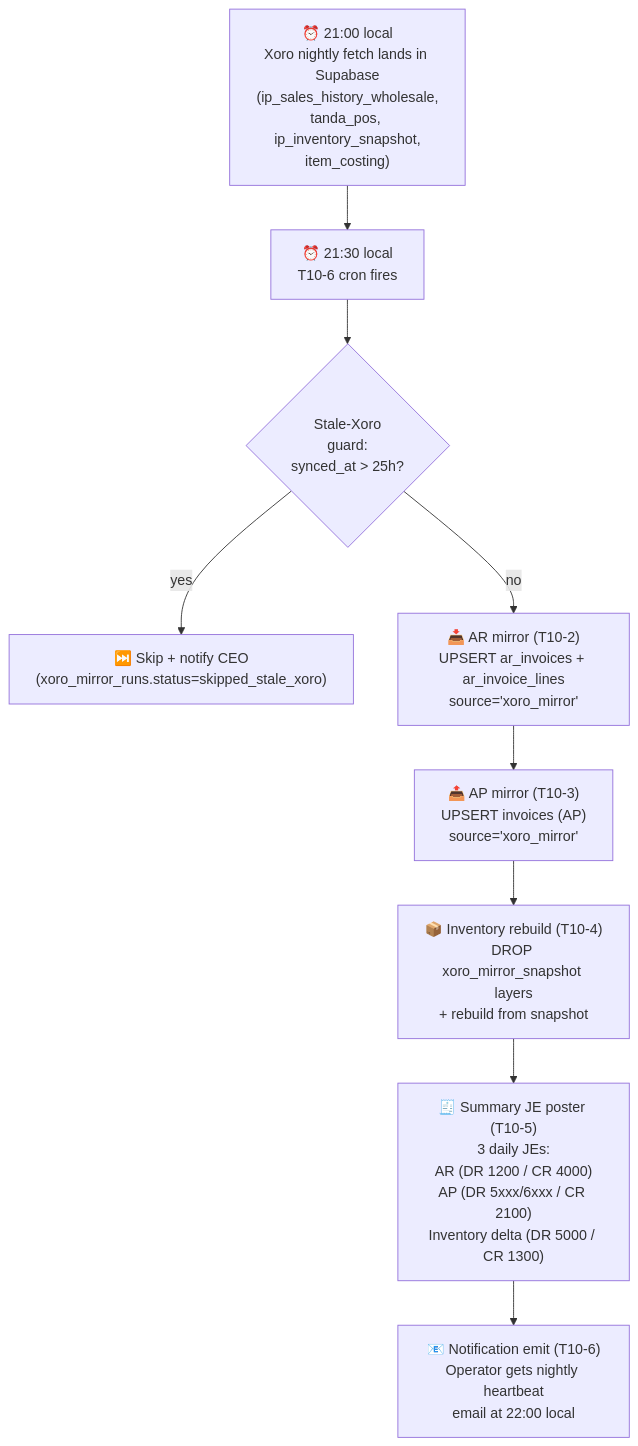
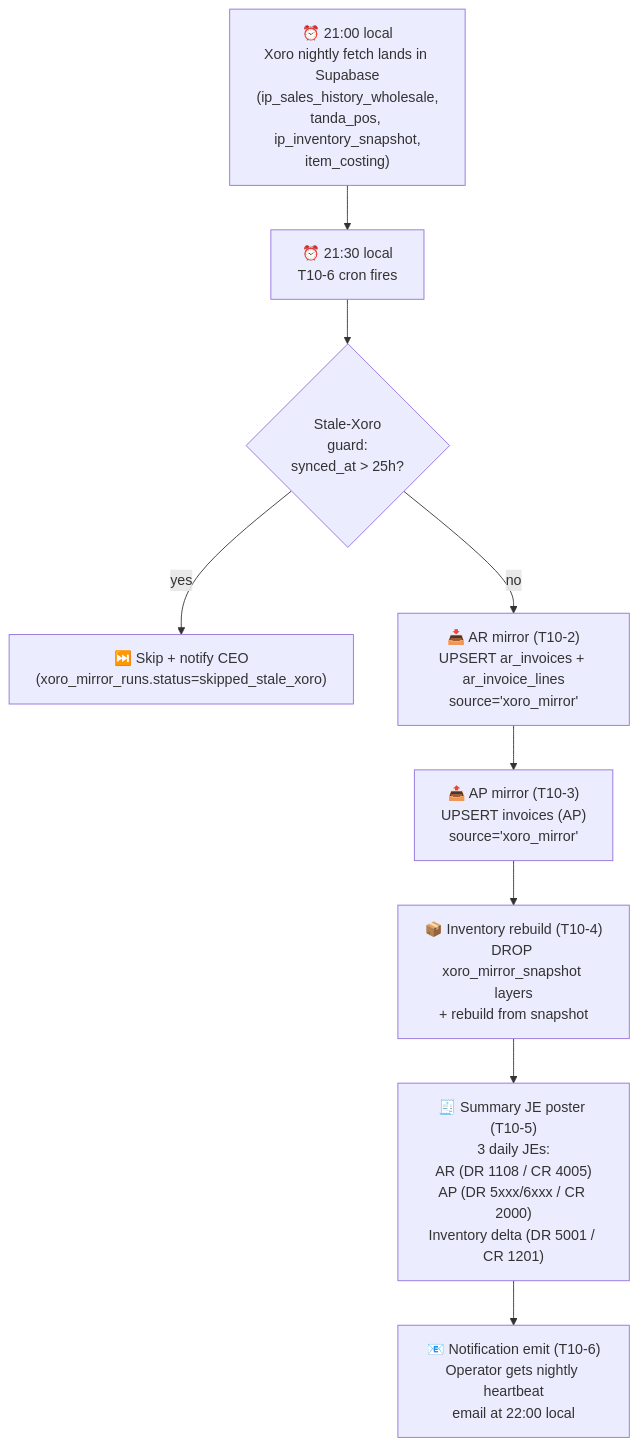
Before and after one commit to Eran-Rof/design-calendar-app: the diagram in docs/tangerine/user-guide/22-shadow-mirror.md, drawn with Mermaid. The commit also changed 8 other files, not shown here.

````diff
--- a/docs/tangerine/user-guide/22-shadow-mirror.md
+++ b/docs/tangerine/user-guide/22-shadow-mirror.md
@@ -54,17 +54,17 @@
 ```mermaid
 flowchart TD
     XoroCron["⏰ 21:00 local<br/>Xoro nightly fetch lands in Supabase<br/>(ip_sales_history_wholesale,<br/>tanda_pos, ip_inventory_snapshot,<br/>item_costing)"]
     T10Cron["⏰ 21:30 local<br/>T10-6 cron fires"]
     Guard{"Stale-Xoro<br/>guard:<br/>synced_at > 25h?"}
     Skip["⏭️ Skip + notify CEO<br/>(xoro_mirror_runs.status=skipped_stale_xoro)"]
     AR["📥 AR mirror (T10-2)<br/>UPSERT ar_invoices + ar_invoice_lines<br/>source='xoro_mirror'"]
     AP["📤 AP mirror (T10-3)<br/>UPSERT invoices (AP)<br/>source='xoro_mirror'"]
     Inv["📦 Inventory rebuild (T10-4)<br/>DROP xoro_mirror_snapshot layers<br/>+ rebuild from snapshot"]
-    JE["🧾 Summary JE poster (T10-5)<br/>3 daily JEs:<br/>AR (DR 1200 / CR 4000)<br/>AP (DR 5xxx/6xxx / CR 2100)<br/>Inventory delta (DR 5000 / CR 1300)"]
+    JE["🧾 Summary JE poster (T10-5)<br/>3 daily JEs:<br/>AR (DR 1108 / CR 4005)<br/>AP (DR 5xxx/6xxx / CR 2000)<br/>Inventory delta (DR 5001 / CR 1201)"]
     Notify["📧 Notification emit (T10-6)<br/>Operator gets nightly heartbeat<br/>email at 22:00 local"]
 
     XoroCron --> T10Cron --> Guard
     Guard -->|"yes"| Skip
     Guard -->|"no"| AR
     AR --> AP --> Inv --> JE --> Notify
 ```
````
